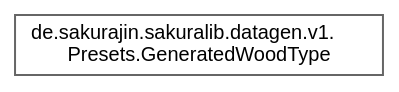
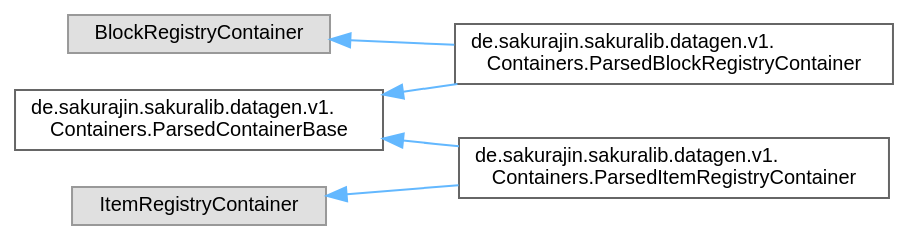
Before and after one commit to noah1510/sakura-lib: the diagram in inherit_graph_11.dot, drawn with Graphviz. The commit also changed 150 other files, not shown here.

```diff
--- a/inherit_graph_11.dot
+++ b/inherit_graph_11.dot
@@ -1,9 +1,17 @@
 digraph "Graphical Class Hierarchy"
 {
  // LATEX_PDF_SIZE
   bgcolor="transparent";
   edge [fontname=Helvetica,fontsize=10,labelfontname=Helvetica,labelfontsize=10];
   node [fontname=Helvetica,fontsize=10,shape=box,height=0.2,width=0.4];
   rankdir="LR";
-  Node0 [label="de.sakurajin.sakuralib.datagen.v1.\lPresets.GeneratedWoodType",height=0.2,width=0.4,color="grey40", fillcolor="white", style="filled",URL="$classde_1_1sakurajin_1_1sakuralib_1_1datagen_1_1v1_1_1Presets_1_1GeneratedWoodType.html",tooltip=" "];
+  Node0 [label="de.sakurajin.sakuralib.datagen.v1.\lContainers.ParsedContainerBase",height=0.2,width=0.4,color="grey40", fillcolor="white", style="filled",URL="$classde_1_1sakurajin_1_1sakuralib_1_1datagen_1_1v1_1_1Containers_1_1ParsedContainerBase.html",tooltip="The base class to automatically parse all items and blocks in a class."];
+  Node0 -> Node1 [dir="back",color="steelblue1",style="solid"];
+  Node1 [label="de.sakurajin.sakuralib.datagen.v1.\lContainers.ParsedBlockRegistryContainer",height=0.2,width=0.4,color="grey40", fillcolor="white", style="filled",URL="$classde_1_1sakurajin_1_1sakuralib_1_1datagen_1_1v1_1_1Containers_1_1ParsedBlockRegistryContainer.html",tooltip="A ParsedBlockRegistryContainer is a Block Registry Container that works with the DatagenAPI."];
+  Node0 -> Node3 [dir="back",color="steelblue1",style="solid"];
+  Node3 [label="de.sakurajin.sakuralib.datagen.v1.\lContainers.ParsedItemRegistryContainer",height=0.2,width=0.4,color="grey40", fillcolor="white", style="filled",URL="$classde_1_1sakurajin_1_1sakuralib_1_1datagen_1_1v1_1_1Containers_1_1ParsedItemRegistryContainer.html",tooltip="A ParsedItemRegistryContainer is a Item Registry Container that works with the DatagenAPI."];
+  Node2 [label="BlockRegistryContainer",height=0.2,width=0.4,color="grey60", fillcolor="#E0E0E0", style="filled",tooltip=" "];
+  Node2 -> Node1 [dir="back",color="steelblue1",style="solid"];
+  Node4 [label="ItemRegistryContainer",height=0.2,width=0.4,color="grey60", fillcolor="#E0E0E0", style="filled",tooltip=" "];
+  Node4 -> Node3 [dir="back",color="steelblue1",style="solid"];
 }
```
